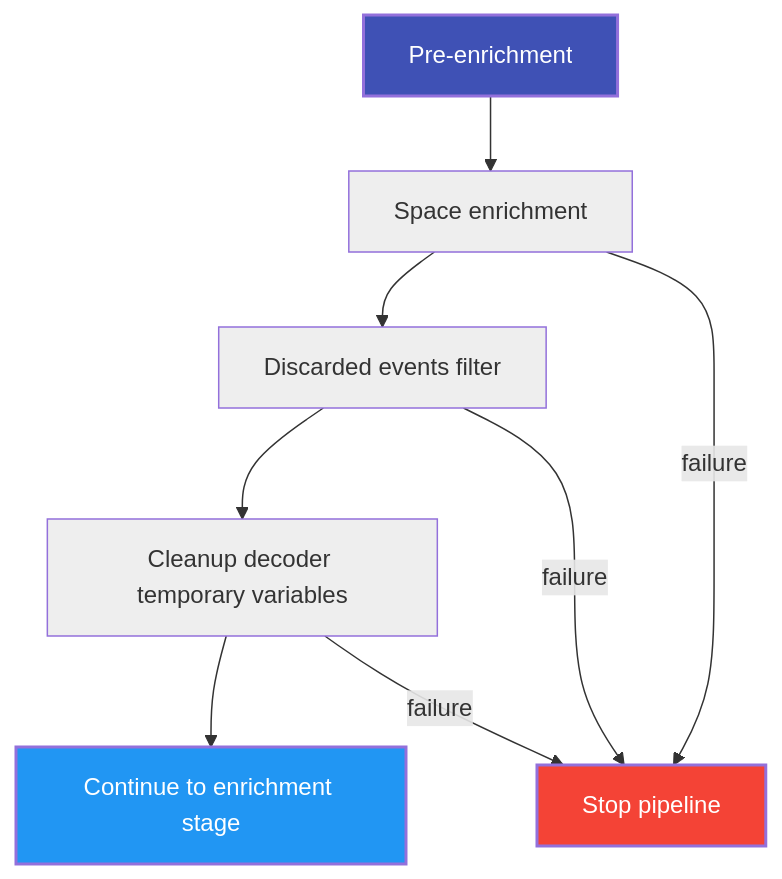
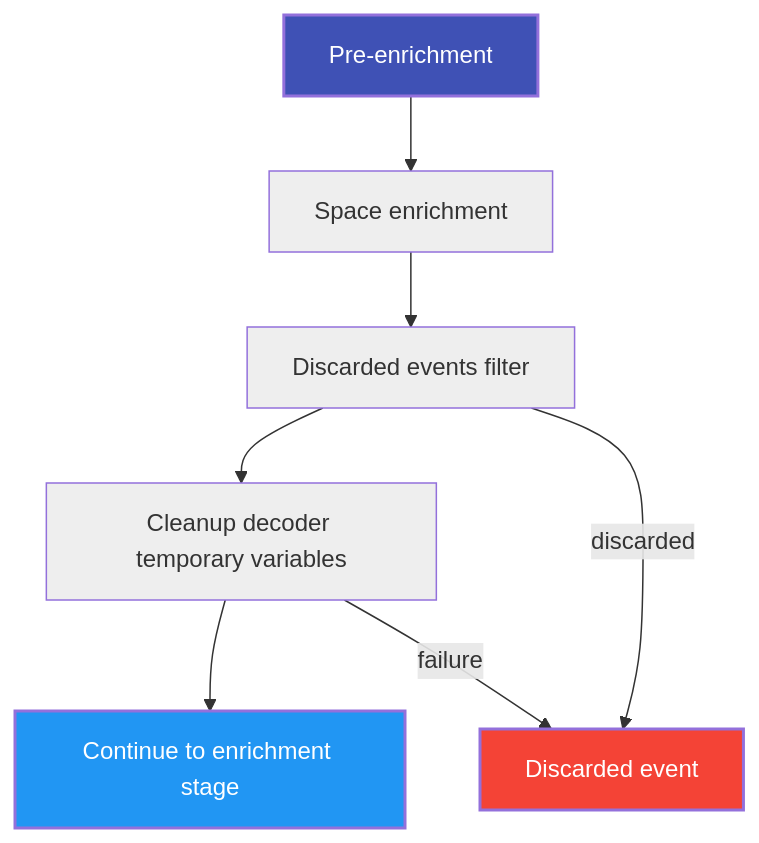
Before and after one commit to wazuh/wazuh: the fifth of 19 diagrams in docs/ref/modules/engine/README.md, drawn with Mermaid. The commit also changed other lines of this file, not shown here.

````diff
--- a/docs/ref/modules/engine/README.md
+++ b/docs/ref/modules/engine/README.md
@@ -476,20 +476,19 @@
 ```mermaid
 flowchart TD
 
 classDef stage fill:#3f51b5,stroke-width:2px,color:#fff
 classDef op fill:#eeeeee,stroke-width:1px
 classDef fail fill:#f44336,stroke-width:2px,color:#fff
 classDef ok fill:#2196f3,stroke-width:2px,color:#fff
 
 pre["Pre-enrichment"]:::stage
 space["Space enrichment"]:::op
 discard["Discarded events filter"]:::op
 cleanup["Cleanup decoder temporary variables"]:::op
 success["Continue to enrichment stage"]:::ok
-failure["Stop pipeline"]:::fail
+discarded["Discarded event"]:::fail
 
 pre --> space --> discard --> cleanup --> success
-space -->|failure| failure
-discard -->|failure| failure
-cleanup -->|failure| failure
+discard -->|discarded| discarded
+cleanup -->|failure| discarded
 ```
````
